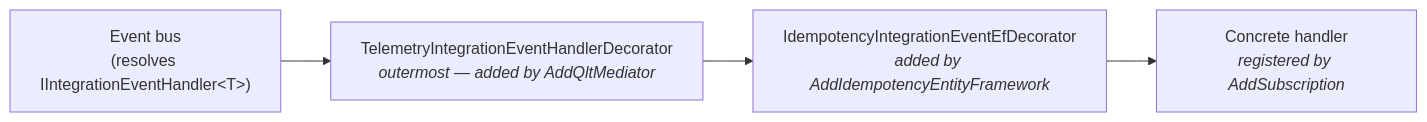
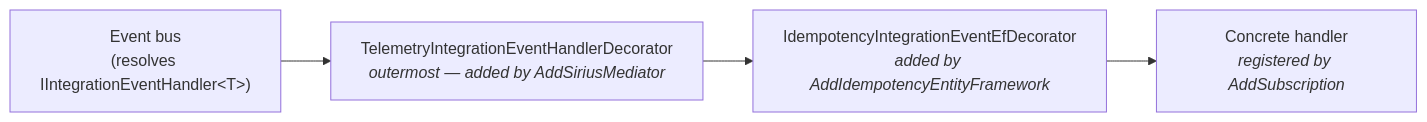
One commit to miquelalcaraz/Labs.ServicePlatform changed the third of 5 diagrams in docs/architecture/04-idempotency.md. Above: the diagram before and after it, drawn with Mermaid. The commit also changed other lines of this file and 1116 other files, not shown here.

````diff
--- a/docs/architecture/04-idempotency.md
+++ b/docs/architecture/04-idempotency.md
@@ -144,7 +144,7 @@
 ```mermaid
 flowchart LR
     BUS["Event bus<br/>(resolves IIntegrationEventHandler#lt;T#gt;)"] --> TEL
-    TEL["TelemetryIntegrationEventHandlerDecorator<br/><i>outermost — added by AddQltMediator</i>"] --> IDEM
+    TEL["TelemetryIntegrationEventHandlerDecorator<br/><i>outermost — added by AddSiriusMediator</i>"] --> IDEM
     IDEM["IdempotencyIntegrationEventEfDecorator<br/><i>added by AddIdempotencyEntityFramework</i>"] --> H
     H["Concrete handler<br/><i>registered by AddSubscription</i>"]
 ```
````
